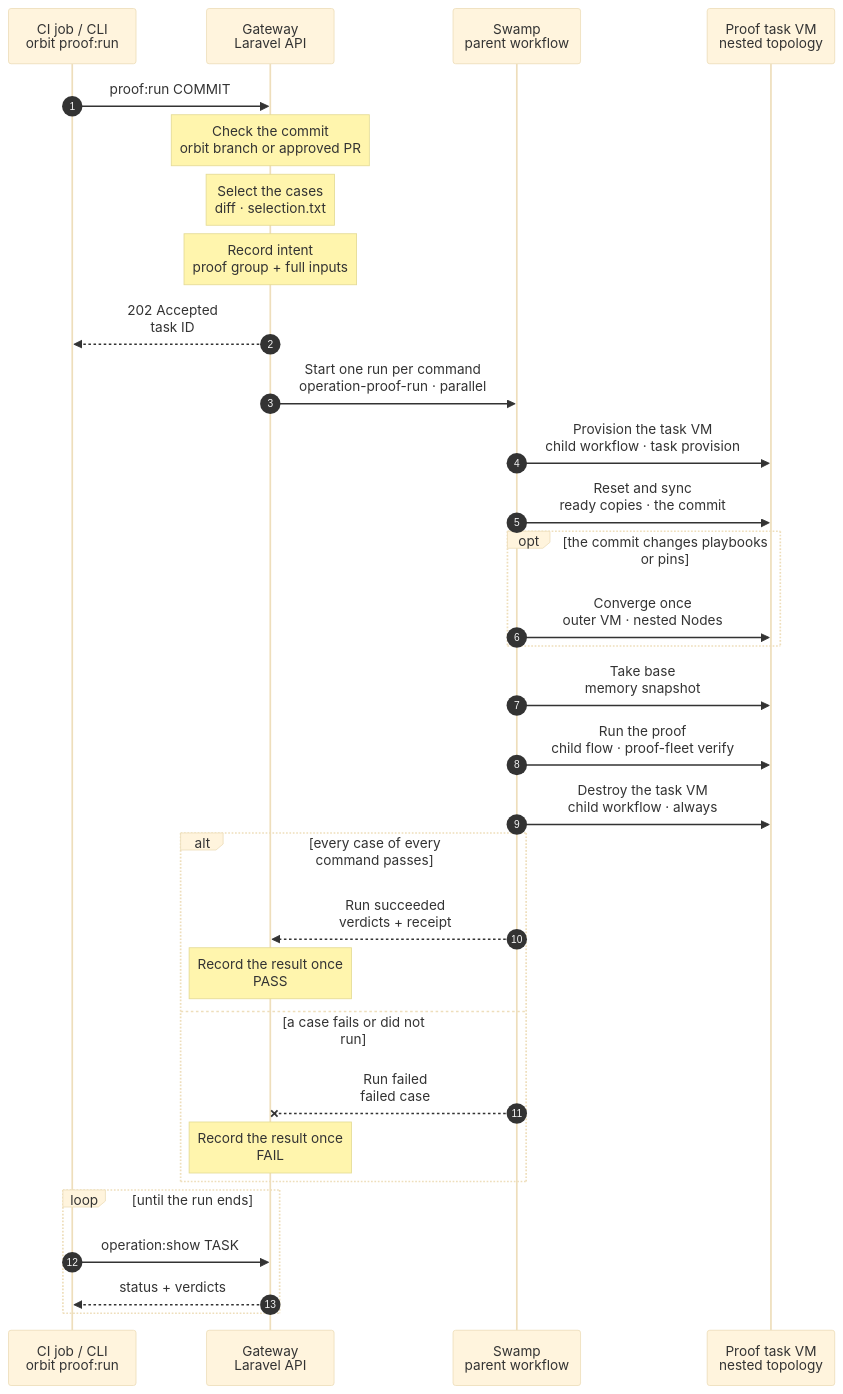
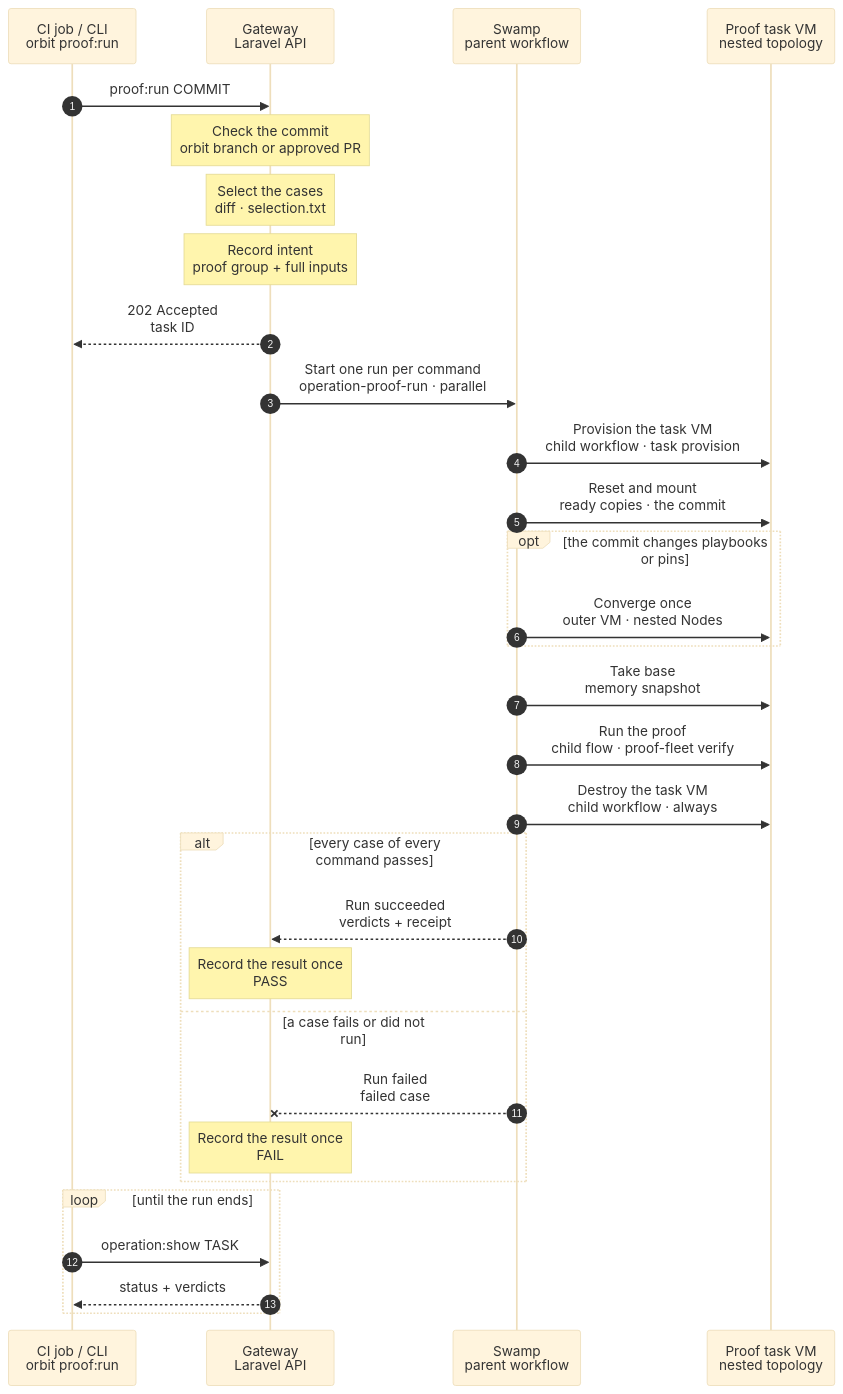
One commit to hardimpactdev/orbit changed the diagram in docs/cli/proof/run.mmd. Above: the diagram before and after it, drawn with Mermaid (base theme). The commit also changed 4 other files, not shown here.

First line of the commit message:
docs(pipeline): NFS-mounted checkout and self-contained ready copies

```diff
--- a/docs/cli/proof/run.mmd
+++ b/docs/cli/proof/run.mmd
@@ -1,67 +1,67 @@
 sequenceDiagram
   %% Target design: one Swamp flow for proof:run (Nick + orchestrator, 2026-11-05). Gateway admits intent; each selected command gets its own parent run on its own proof VM, all in parallel; each run does provision, verify and cancel as children; Gateway projects each run once.
   %% status: draft
   %% command: proof:run
   %% kind: proof.run
   autonumber
   %% lane CLI icon=terminal pill=caller tone=gray
   %% lane GW icon=gateway pill=intent tone=blue
   %% lane SW icon=workflow pill=executes tone=green
   %% lane VM icon=server pill=target tone=amber
   participant CLI as CI job / CLI<br/>orbit proof:run
   participant GW as Gateway<br/>Laravel API
   participant SW as Swamp<br/>parent workflow
   participant VM as Proof task VM<br/>nested topology
   CLI->>GW: proof:run COMMIT
   %%> The CI job on a beast or shark runner, or a person, passes only the commit SHA.
   Note over GW: Check the commit<br/>orbit branch or approved PR
   %%> Refuses a commit that is not on a hardimpactdev/orbit branch, or an outside PR without review and the run-proofs label.
   Note over GW: Select the cases<br/>diff · selection.txt
   %%> Docs-only changes end here: skipped, nothing to prove.
   Note over GW: Record intent<br/>proof group + full inputs
   %%> Creates the proof task group on Project 46 at the commit and renders every input the run needs. No more Gateway work until the end.
   GW-->>CLI: 202 Accepted<br/>task ID
   GW->>SW: Start one run per command<br/>operation-proof-run · parallel
   %%> One PR changes one command, so usually one run. Each run has its own proof VM, as stage 3 says; one failing command does not stop the others.
   SW->>VM: Provision the task VM<br/>child workflow · task provision
   %%> The same path every task uses today: clone the task image and seed, boot, enrol, check out the commit.
-  SW->>VM: Reset and sync<br/>ready copies · the commit
+  SW->>VM: Reset and mount<br/>ready copies · the commit
   %%> What it does:
   %%> - Orbit's own Swamp reaches into the task VM over SSH, like every other step, and resets the nested topology from the ready copies
   %%> - pushes the proof Swamp Club key from its vault into the nested Gateway; the nested Gateway runs its own Swamp as part of the Orbit under test
-  %%> - syncs the commit into the nested Gateway and app-dev, the same sync as `orbit-nested`; installs only when a lock file changed
+  %%> - the nested Gateway and app-dev mount the VM's checkout of the commit over NFS (stage 2); `composer install` and `bun install` ran in the VM's checkout; then the apply step: migrations and a restart of the long-running services
   %%> Not built:
   %%> - the direct reset: today `bin/proof-fleet reset GROUP --from-ready` runs in the VM as a task script, starts a local Swamp there, builds the nested fleet from the ready copies and takes `base`
   %%> - the parent workflow `operation-proof-run`: today the Gateway admits provision, reset, verify and cancel as task operations and continues on each result
   opt the commit changes playbooks or pins
     SW->>VM: Converge once<br/>outer VM · nested Nodes
     %%> What it does:
     %%> - image playbooks on the outer VM; role playbooks and pins on the nested Nodes, through the nested Orbit's `node:converge`
-    %%> - runs after the sync, so the nested Orbit has the new playbooks; the proof never resets the outer VM, so this lasts the whole run
+    %%> - the nested Orbit reads the playbooks from the mounted checkout; the proof never resets the outer VM, so this lasts the whole run
     %%> - the base images are not touched; only the merge and the seed refresh change them
   end
   SW->>VM: Take base<br/>memory snapshot
   %%> What it does:
   %%> - an Incus stateful snapshot `base` of the three nested VMs, with any converged state in it
   %%> - it holds the Club key; accepted because the VM and its snapshots are destroyed after the run
   SW->>VM: Run the proof<br/>child flow · proof-fleet verify
   %%> What it does:
   %%> - each batch restores `base` once and applies its declared start state; its cases run one after another with their own resources and no undo
   %%> - a case that did not pass triggers a restore before the next case; a restore that fails or is not healthy within 45 s stops the run, and the remaining cases become `unrun`
   %%> - one verdict per case, as in the proof stage of the [command development pipeline](/reference/command-development-pipeline)
   %%> - built: the Gateway admits it as the kind `proof.verify`; the Swamp workflow `proof-fleet-verify` on Node 209 runs the runner over official SSH, one child per batch and one per case, and no second Swamp runs for this step
   %%> - the Gateway reads the `report` step once, when the run ends, and records the verdicts; no step calls back
   SW->>VM: Destroy the task VM<br/>child workflow · always
   %%> Runs after success or failure, so no proof VM is left behind.
   alt every case of every command passes
     SW-->>GW: Run succeeded<br/>verdicts + receipt
     Note over GW: Record the result once<br/>PASS
   else a case fails or did not run
     SW--xGW: Run failed<br/>failed case
     Note over GW: Record the result once<br/>FAIL
   end
   loop until the run ends
     CLI->>GW: operation:show TASK
     GW-->>CLI: status + verdicts
   end
   %%> The CI job passes or fails on the verdict; the merge requires it, and the proof does not run again after the merge.
```
